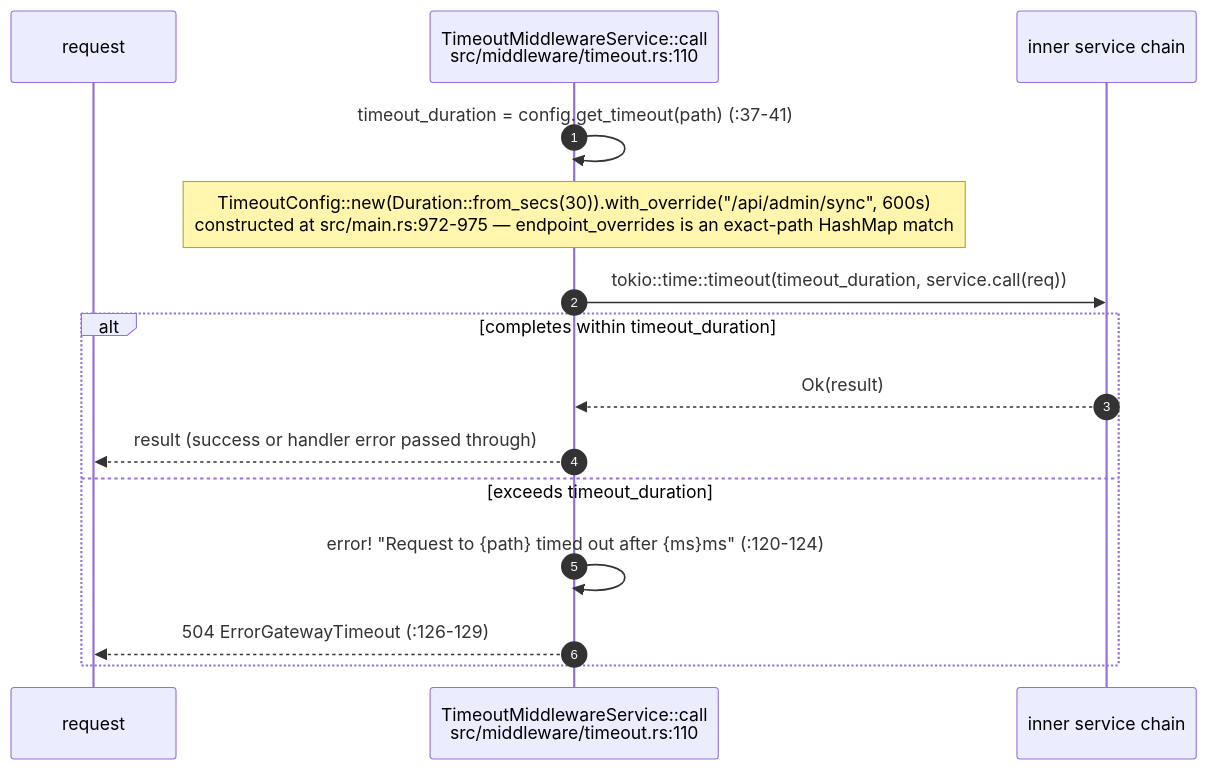
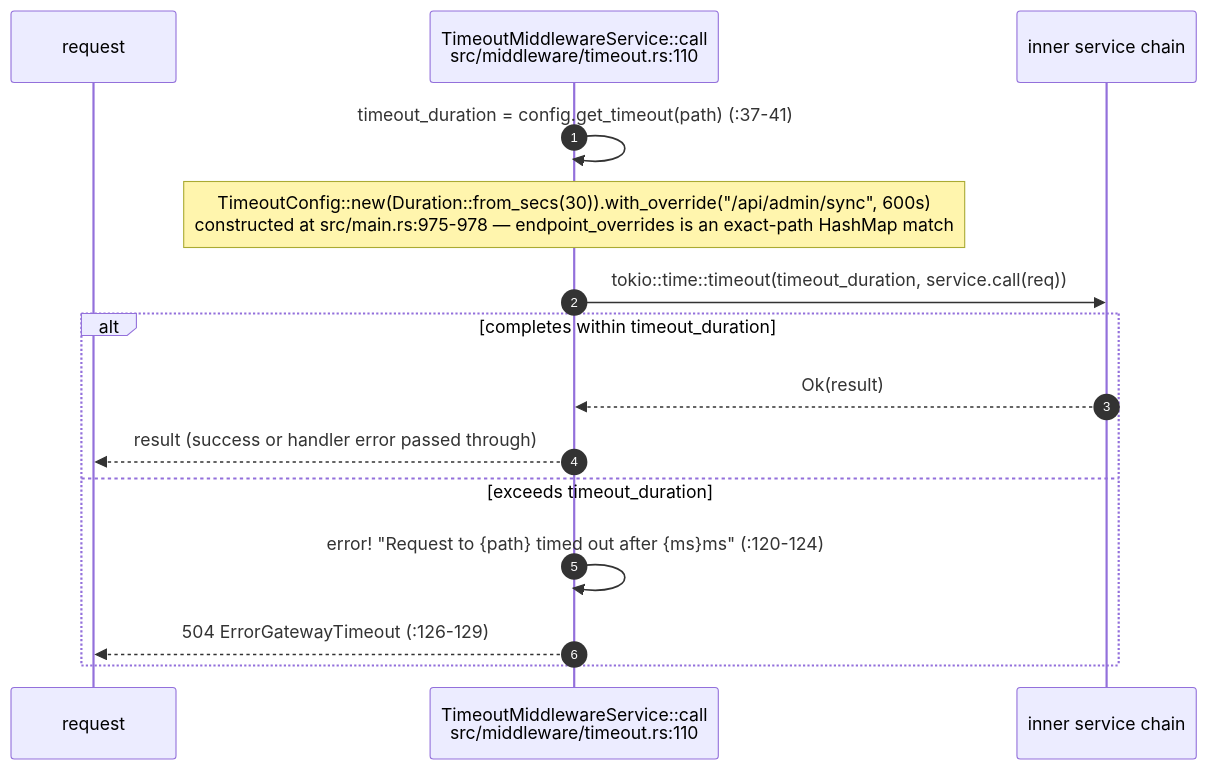
One commit to DreamLab-AI/AR-AI-Knowledge-Graph changed diagram 13 of 16 in docs/diagrams/visionclaw/03-request-lifecycle-and-rbac.md. Above: the diagram before and after it, drawn with Mermaid. The commit also changed other lines of this file and 73 other files, not shown here.

First line of the commit message:
docs(diagrams): re-verify all 71 topic files against HEAD; add --cite-check

````diff
--- a/docs/diagrams/visionclaw/03-request-lifecycle-and-rbac.md
+++ b/docs/diagrams/visionclaw/03-request-lifecycle-and-rbac.md
@@ -515,18 +515,18 @@
 ```mermaid
 sequenceDiagram
     autonumber
     participant R as request
     participant TO as TimeoutMiddlewareService::call<br/>src/middleware/timeout.rs:110
     participant SVC as inner service chain
 
     TO->>TO: timeout_duration = config.get_timeout(path) (:37-41)
-    Note over TO: TimeoutConfig::new(Duration::from_secs(30)).with_override("/api/admin/sync", 600s)<br/>constructed at src/main.rs:972-975 — endpoint_overrides is an exact-path HashMap match
+    Note over TO: TimeoutConfig::new(Duration::from_secs(30)).with_override("/api/admin/sync", 600s)<br/>constructed at src/main.rs:975-978 — endpoint_overrides is an exact-path HashMap match
     TO->>SVC: tokio::time::timeout(timeout_duration, service.call(req))
     alt completes within timeout_duration
         SVC-->>TO: Ok(result)
         TO-->>R: result (success or handler error passed through)
     else exceeds timeout_duration
         TO->>TO: error! "Request to {path} timed out after {ms}ms" (:120-124)
         TO-->>R: 504 ErrorGatewayTimeout (:126-129)
     end
 ```
````
